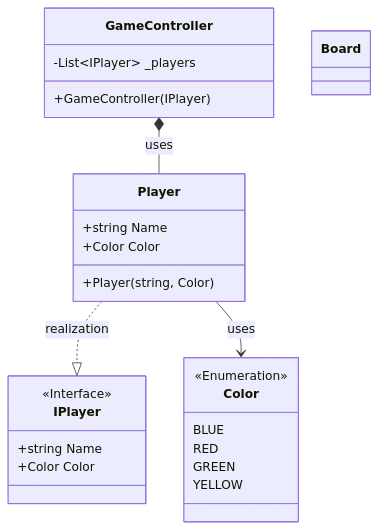
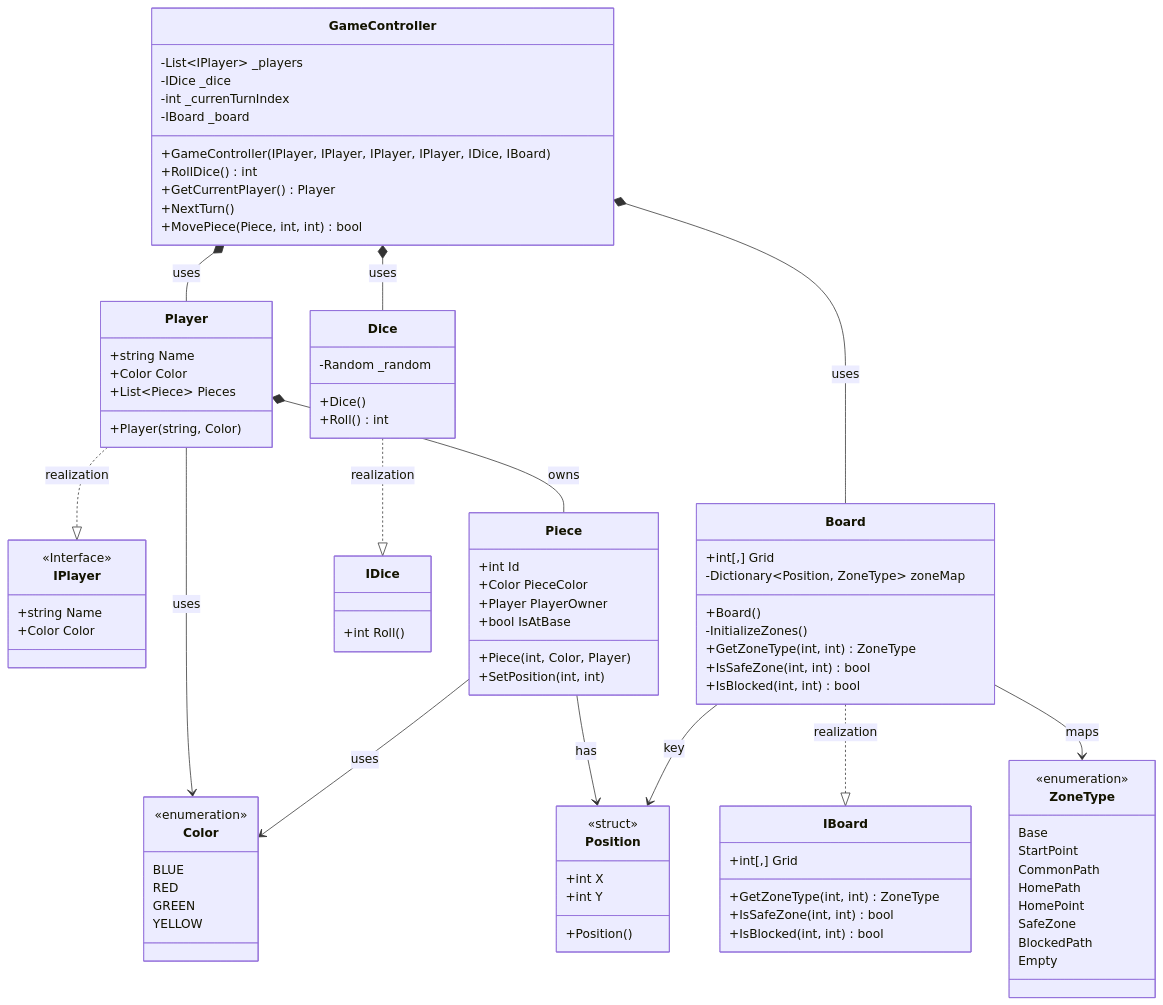
One commit to Masdikaa/Masdika-Bootcamp-SE-Formulatrix changed the diagram in Ludo/ClassDiagram.mmd. Above: the diagram before and after it, drawn with Mermaid. The commit also changed 2 other files, not shown here.

Commit message:
simulating board

```diff
--- a/Ludo/ClassDiagram.mmd
+++ b/Ludo/ClassDiagram.mmd
@@ -1,35 +1,110 @@
 classDiagram
 
     class GameController {
         -List~IPlayer~ _players
-        +GameController(IPlayer)
+        -IDice _dice
+        -int _currenTurnIndex
+        -IBoard _board
+
+        +GameController(IPlayer, IPlayer, IPlayer, IPlayer, IDice, IBoard)
+        +RollDice() int
+        +GetCurrentPlayer() Player
+        +NextTurn()
+        +MovePiece(Piece, int, int) bool
+
     }
 
     class IPlayer {
         <<Interface>>
         +string Name
         +Color Color
     }
 
     class Player {
         +string Name
         +Color Color
+        +List~Piece~ Pieces
         +Player(string, Color)
     }
 
+    class Piece {
+        +int Id
+        +Color PieceColor
+        +Player PlayerOwner
+        +bool IsAtBase
+        +Piece(int, Color, Player)
+        +SetPosition(int, int)
+    }
+
+    class IDice {
+        +int Roll()
+    }
+
+    class Dice {
+        -Random _random
+        +Dice()
+        +Roll() int
+    }
+
+    class IBoard{
+        +int[,] Grid
+        +GetZoneType(int, int) ZoneType
+        +IsSafeZone(int, int) bool
+        +IsBlocked(int, int) bool
+    }
+
+    class Board{
+        +int[,] Grid
+        -Dictionary~Position, ZoneType~ zoneMap
+        +Board()
+        -InitializeZones()
+        +GetZoneType(int, int) ZoneType
+        +IsSafeZone(int, int) bool
+        +IsBlocked(int, int) bool
+    }
+
+    class Position {
+        <<struct>>
+        +int X
+        +int Y
+        +Position()
+    }
+
     class Color {
-        <<Enumeration>>
+        <<enumeration>>
         BLUE
         RED
         GREEN
         YELLOW
     }
 
-    class Board {
+    class ZoneType {
+        <<enumeration>>
+        Base
+        StartPoint
+        CommonPath
+        HomePath
+        HomePoint
+        SafeZone
+        BlockedPath
+        Empty
+    }
 
-    }
+
 
     %% PlayerSection
     GameController *-- Player : uses
+    %% GameController *-- IPlayer : uses
     Player ..|> IPlayer : realization
     Player --> Color : uses
+    Player *-- Piece : owns
+    %% Piece --> Player : references
+    Piece --> Color : uses
+    Dice ..|> IDice : realization
+    GameController *-- Dice : uses
+    %% GameController *-- IDice : uses
+    Board ..|> IBoard : realization 
+    GameController *-- Board : uses
+    Piece --> Position : has
+    Board --> ZoneType : maps
+    Board --> Position : key
```
